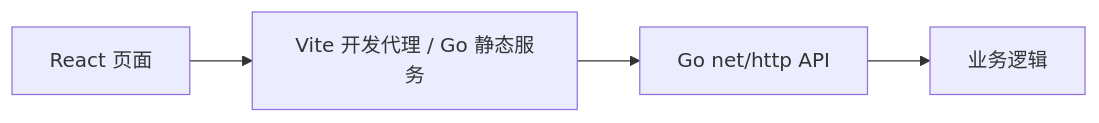
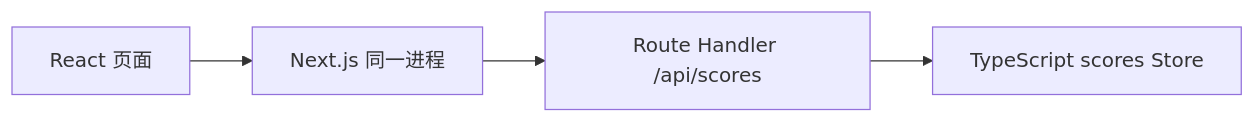
One commit to ImWenyaoT/etc changed the diagram in web-front-end-snake-game/docs/architecture.md. Above: the diagram before and after it, drawn with Mermaid. The commit also changed other lines of this file and 52 other files, not shown here.

````diff
--- a/web-front-end-snake-game/docs/architecture.md
+++ b/web-front-end-snake-game/docs/architecture.md
@@ -3,6 +3,6 @@
 ```mermaid
 flowchart LR
-  UI[React 页面] --> Proxy[Vite 开发代理 / Go 静态服务]
-  Proxy --> API[Go net/http API]
-  API --> Core[业务逻辑]
+  UI[React 页面] --> Next[Next.js 同一进程]
+  Next --> API[Route Handler /api/scores]
+  API --> Core[TypeScript scores Store]
 ```
````
